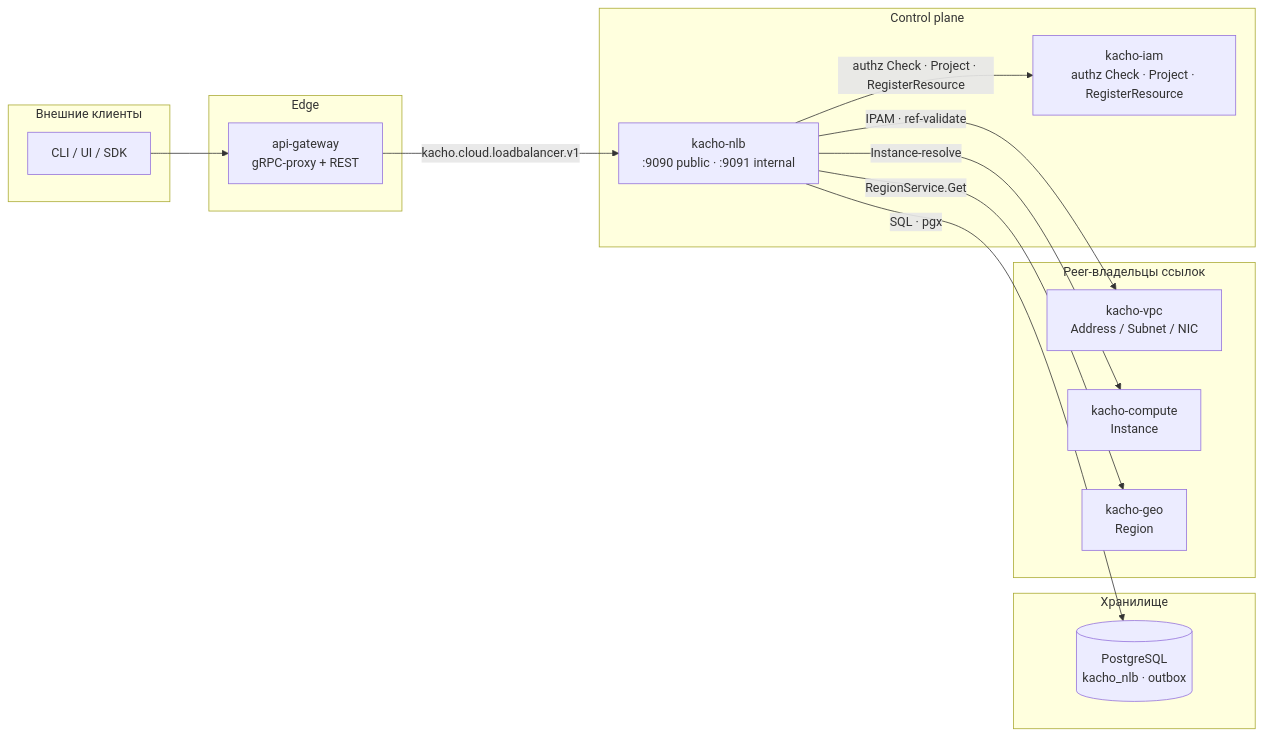
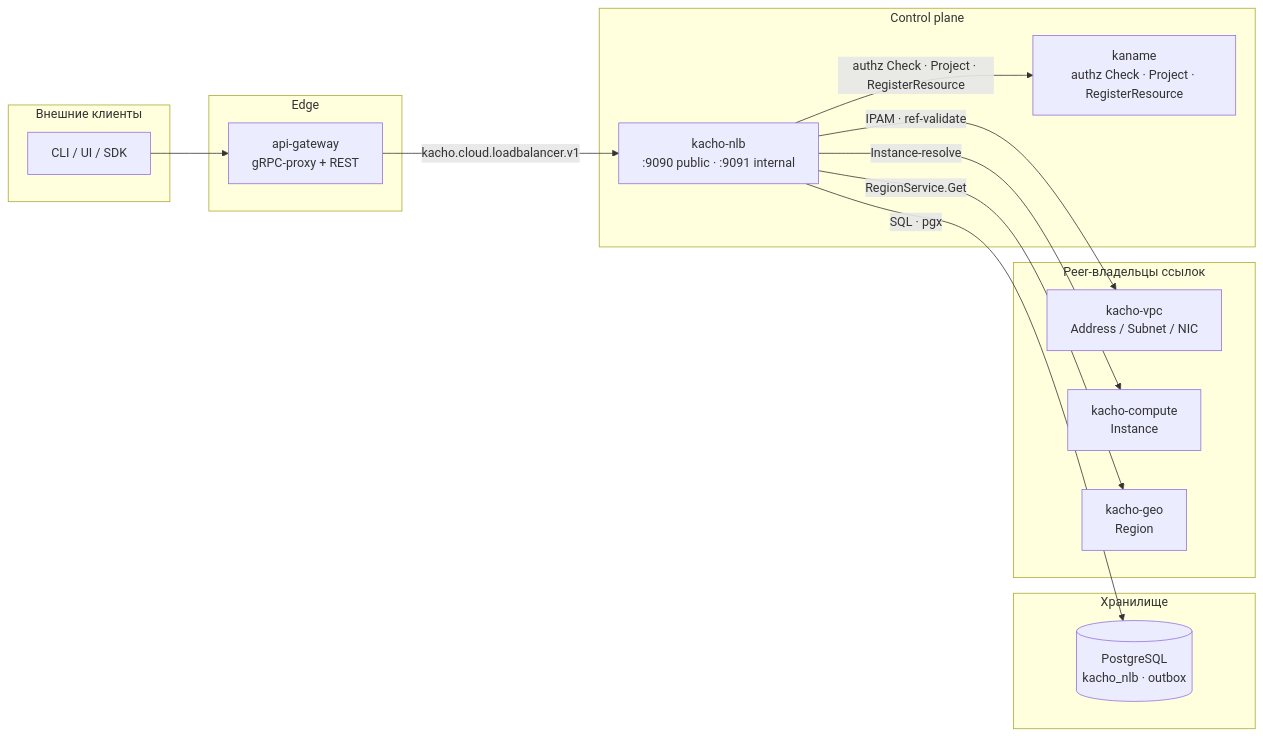
The second of 2 diagrams in services/nlb/docs/content/intro.mdx (PRO-Robotech/kacho), drawn with Mermaid before and after one commit. The commit also changed other lines of this file and 5005 other files, not shown here.

````diff
--- a/services/nlb/docs/content/intro.mdx
+++ b/services/nlb/docs/content/intro.mdx
@@ -119,29 +119,29 @@
 ```mermaid
 flowchart LR
   subgraph ext["Внешние клиенты"]
     cli["CLI / UI / SDK"]
   end
   subgraph edge["Edge"]
     agw["api-gateway<br/>gRPC-proxy + REST"]
   end
   subgraph cp["Control plane"]
     nlb["kacho-nlb<br/>:9090 public · :9091 internal"]
-    iam["kacho-iam<br/>authz Check · Project · RegisterResource"]
+    iam["kaname<br/>authz Check · Project · RegisterResource"]
   end
   subgraph store["Хранилище"]
     pg[("PostgreSQL<br/>kacho_nlb · outbox")]
   end
   subgraph peers["Peer-владельцы ссылок"]
     vpc["kacho-vpc<br/>Address / Subnet / NIC"]
     cmp["kacho-compute<br/>Instance"]
     geo["kacho-geo<br/>Region"]
   end
 
   cli --> agw
   agw -->|"kacho.cloud.loadbalancer.v1"| nlb
   nlb -->|"SQL · pgx"| pg
   nlb -->|"authz Check · Project · RegisterResource"| iam
   nlb -->|"IPAM · ref-validate"| vpc
   nlb -->|"Instance-resolve"| cmp
   nlb -->|"RegionService.Get"| geo
 ```
````
